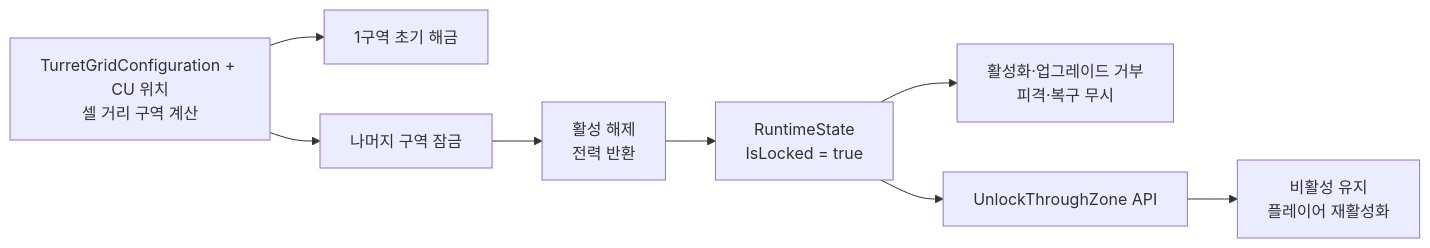
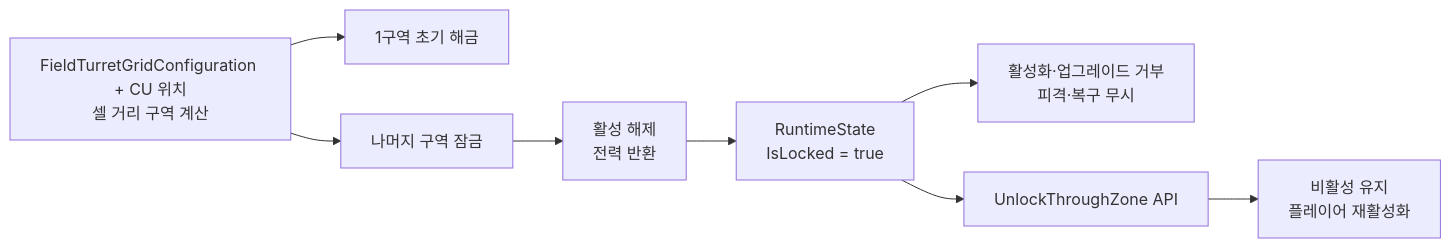
Diagram 14 of 17 in Docs/architecture/turret-system-guide.md (Team-HJD-21/unity-6-the-developer), drawn with Mermaid before and after one commit. The commit also changed other lines of this file and 12 other files, not shown here.

Commit message:
docs(field-turret): update names and migration guide

````diff
--- a/Docs/architecture/turret-system-guide.md
+++ b/Docs/architecture/turret-system-guide.md
@@ -617,10 +619,10 @@
 ```mermaid
 flowchart LR
-    Grid["TurretGridConfiguration + CU 위치<br>셀 거리 구역 계산"] --> First["1구역 초기 해금"]
+    Grid["FieldTurretGridConfiguration + CU 위치<br>셀 거리 구역 계산"] --> First["1구역 초기 해금"]
     Grid --> Lock["나머지 구역 잠금"]
     Lock --> Off["활성 해제<br>전력 반환"]
     Off --> State["RuntimeState<br>IsLocked = true"]
     State --> Reject["활성화·업그레이드 거부<br>피격·복구 무시"]
     State --> Unlock["UnlockThroughZone API"]
     Unlock --> Wait["비활성 유지<br>플레이어 재활성화"]
 ```
````
